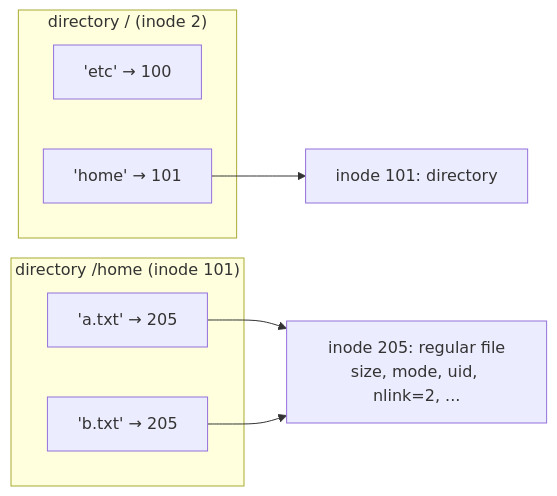
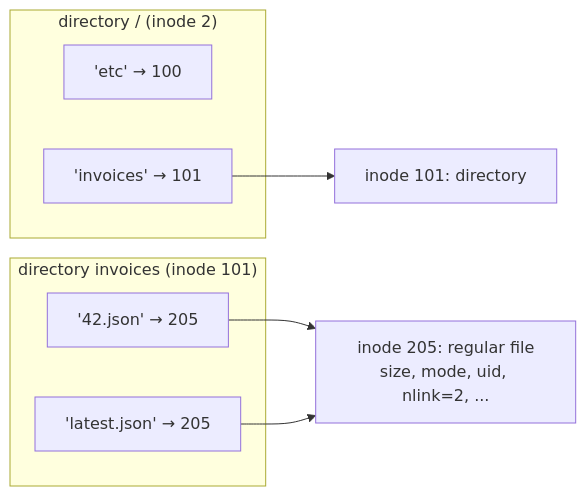
One commit to pirumu/irust changed the first of 2 diagrams in docs/05-storage/02-file-va-directory-api.md. Above: the diagram before and after it, drawn with Mermaid. The commit also changed other lines of this file and 10 other files, not shown here.

````diff
--- a/docs/05-storage/02-file-va-directory-api.md
+++ b/docs/05-storage/02-file-va-directory-api.md
@@ -32,14 +34,14 @@
 ```mermaid
 flowchart LR
   subgraph "directory / (inode 2)"
     e1["'etc' → 100"]
-    e2["'home' → 101"]
+    e2["'invoices' → 101"]
   end
-  subgraph "directory /home (inode 101)"
-    f1["'a.txt' → 205"]
-    f2["'b.txt' → 205"]
+  subgraph "directory invoices (inode 101)"
+    f1["'42.json' → 205"]
+    f2["'latest.json' → 205"]
   end
   e2 --> D101["inode 101: directory"]
   f1 --> I205["inode 205: regular file<br/>size, mode, uid, nlink=2, ..."]
   f2 --> I205
 ```
````
